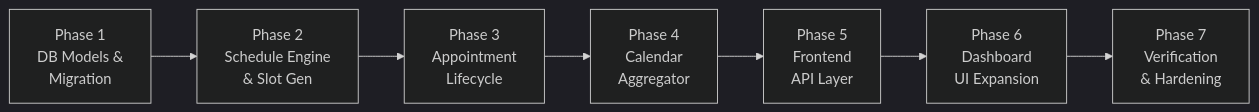
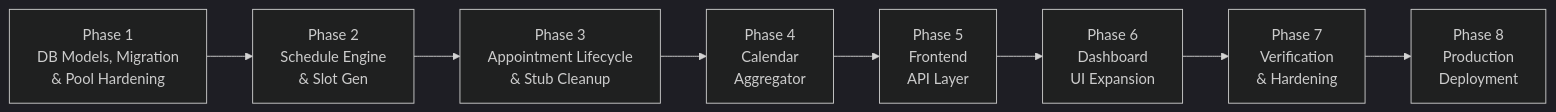
One commit to A-fun-786/doctors-platform changed the second of 2 diagrams in docs/APPOINTMENT_SYSTEM.md. Above: the diagram before and after it, drawn with Mermaid (dark theme). The commit also changed other lines of this file and 11 other files, not shown here.

````diff
--- a/docs/APPOINTMENT_SYSTEM.md
+++ b/docs/APPOINTMENT_SYSTEM.md
@@ -561,9 +803,10 @@
 ```mermaid
 flowchart LR
-    P1["Phase 1<br/>DB Models &<br/>Migration"] --> P2["Phase 2<br/>Schedule Engine<br/>& Slot Gen"]
-    P2 --> P3["Phase 3<br/>Appointment<br/>Lifecycle"]
+    P1["Phase 1<br/>DB Models, Migration<br/>& Pool Hardening"] --> P2["Phase 2<br/>Schedule Engine<br/>& Slot Gen"]
+    P2 --> P3["Phase 3<br/>Appointment Lifecycle<br/>& Stub Cleanup"]
     P3 --> P4["Phase 4<br/>Calendar<br/>Aggregator"]
     P4 --> P5["Phase 5<br/>Frontend<br/>API Layer"]
     P5 --> P6["Phase 6<br/>Dashboard<br/>UI Expansion"]
     P6 --> P7["Phase 7<br/>Verification<br/>& Hardening"]
+    P7 --> P8["Phase 8<br/>Production<br/>Deployment"]
 ```
````
